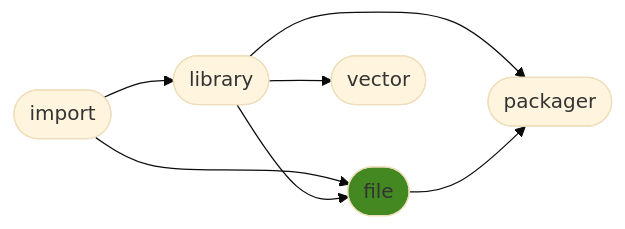
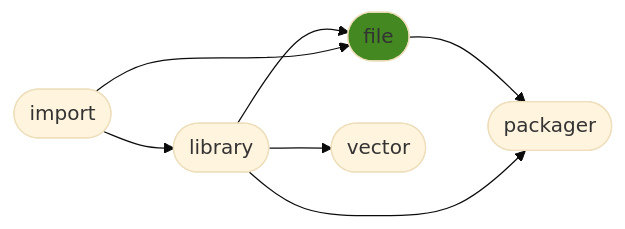
One commit to ManderaGeneral/generalfile changed the diagram in README.md. Above: the diagram before and after it, drawn with Mermaid (base theme). The commit also changed other lines of this file, not shown here.

````diff
--- a/README.md
+++ b/README.md
@@ -24,15 +24,15 @@
 ```mermaid
 flowchart LR
-0([import]) --> 2([file])
+2([file]) --> 4([packager])
+1([library]) --> 2([file])
+0([import]) --> 1([library])
 1([library]) --> 3([vector])
 1([library]) --> 4([packager])
-0([import]) --> 1([library])
-1([library]) --> 2([file])
-2([file]) --> 4([packager])
+0([import]) --> 2([file])
 click 0 "https://github.com/ManderaGeneral/generalimport"
 click 1 "https://github.com/ManderaGeneral/generallibrary"
 click 2 "https://github.com/ManderaGeneral/generalfile"
 click 3 "https://github.com/ManderaGeneral/generalvector"
 click 4 "https://github.com/ManderaGeneral/generalpackager"
 style 2 fill:#482
 ```
````
